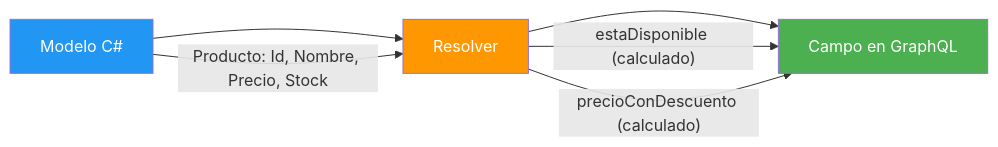
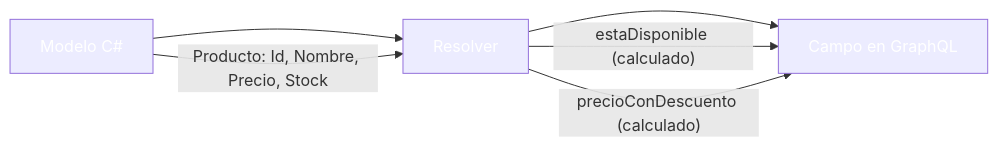
One commit to joseluisgs/DesarrolloWebEntornosServidor-02-2026-2027 changed the fifth of 10 diagrams in 19-graphql.md. Above: the diagram before and after it, drawn with Mermaid. The commit also changed other lines of this file and 41 other files, not shown here.

````diff
--- a/19-graphql.md
+++ b/19-graphql.md
@@ -332,13 +332,13 @@
 ```mermaid
 graph LR
     M["Modelo C#"] --> R["Resolver"]
     R --> G["Campo en GraphQL"]
 
     M -->|"Producto: Id, Nombre, Precio, Stock"| R
     R -->|"estaDisponible (calculado)"| G
     R -->|"precioConDescuento (calculado)"| G
 
-    style M fill:#2196F3,color:#fff
-    style R fill:#FF9800,color:#fff
-    style G fill:#4CAF50,color:#fff
+    style M fill:#2196F,color:#fff3,color:#fff
+    style R fill:#FF980,color:#fff0,color:#fff
+    style G fill:#4CAF5,color:#fff0,color:#fff
 ```
````
